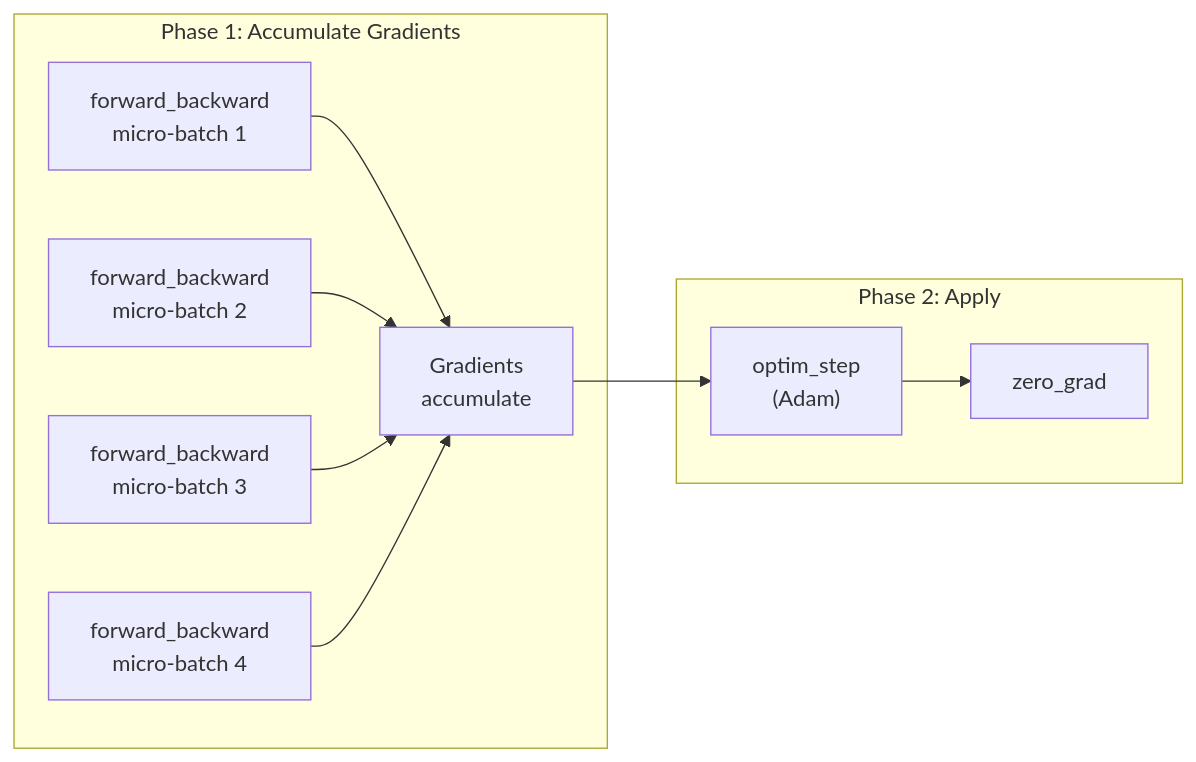
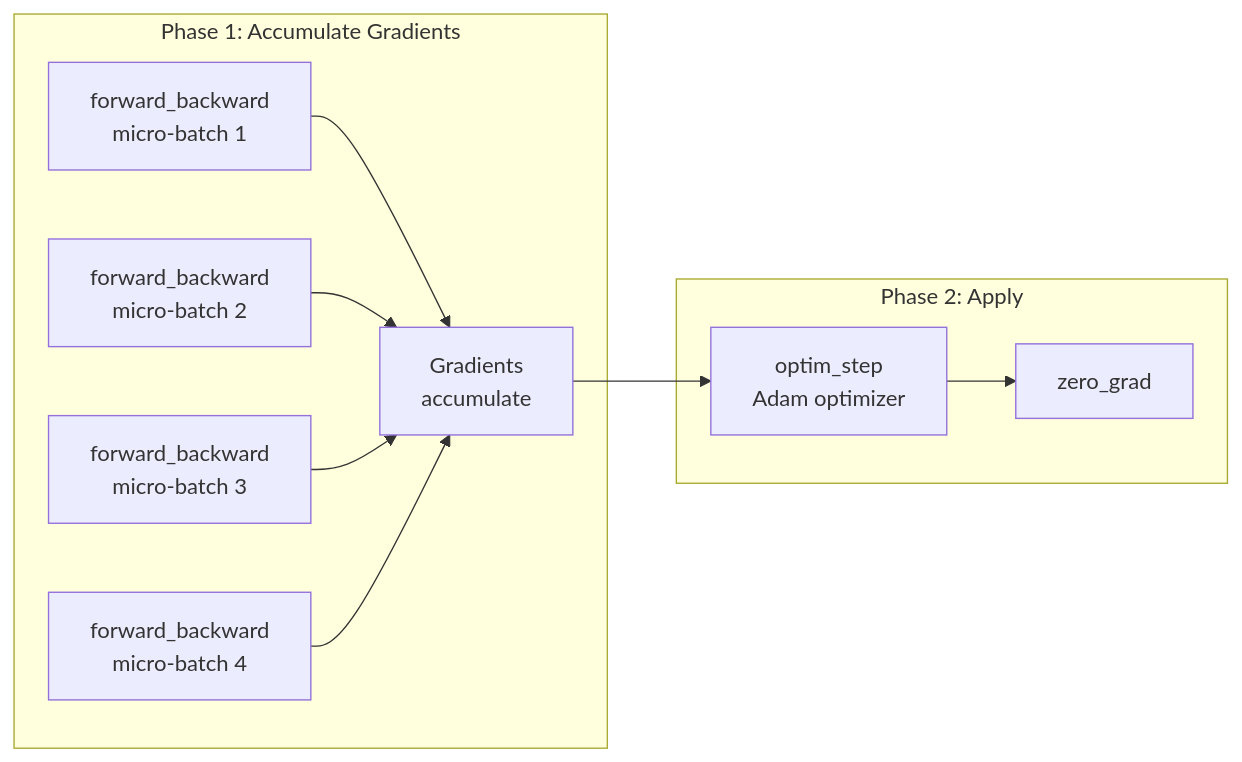
One commit to josephgec/finetuning changed the third of 5 diagrams in README.md. Above: the diagram before and after it, drawn with Mermaid. The commit also changed other lines of this file, not shown here.

First line of the commit message:
Fix Mermaid diagram syntax errors in README

````diff
--- a/README.md
+++ b/README.md
@@ -86,14 +86,14 @@
 ```mermaid
 graph LR
     subgraph "Phase 1: Accumulate Gradients"
         FB1["forward_backward<br/>micro-batch 1"] --> G["Gradients<br/>accumulate"]
         FB2["forward_backward<br/>micro-batch 2"] --> G
         FB3["forward_backward<br/>micro-batch 3"] --> G
         FB4["forward_backward<br/>micro-batch 4"] --> G
     end
 
     subgraph "Phase 2: Apply"
-        G --> OS["optim_step<br/>(Adam)"]
+        G --> OS["optim_step<br/>Adam optimizer"]
         OS --> ZG["zero_grad"]
     end
 ```
````
